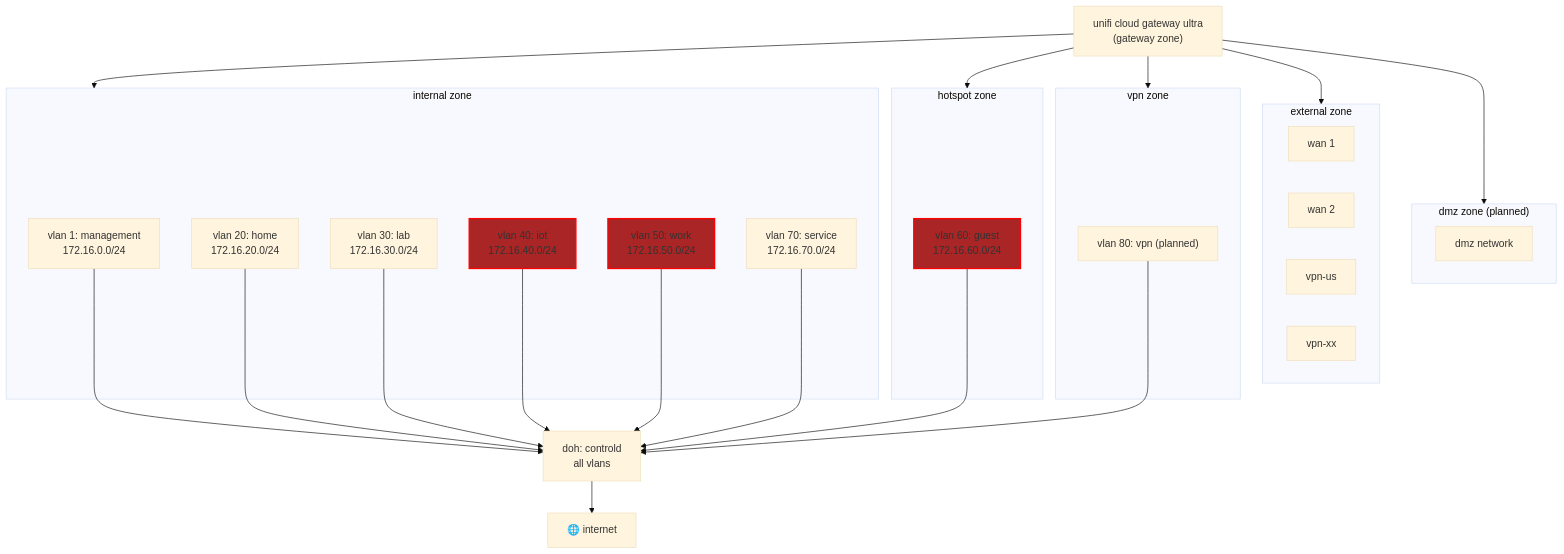
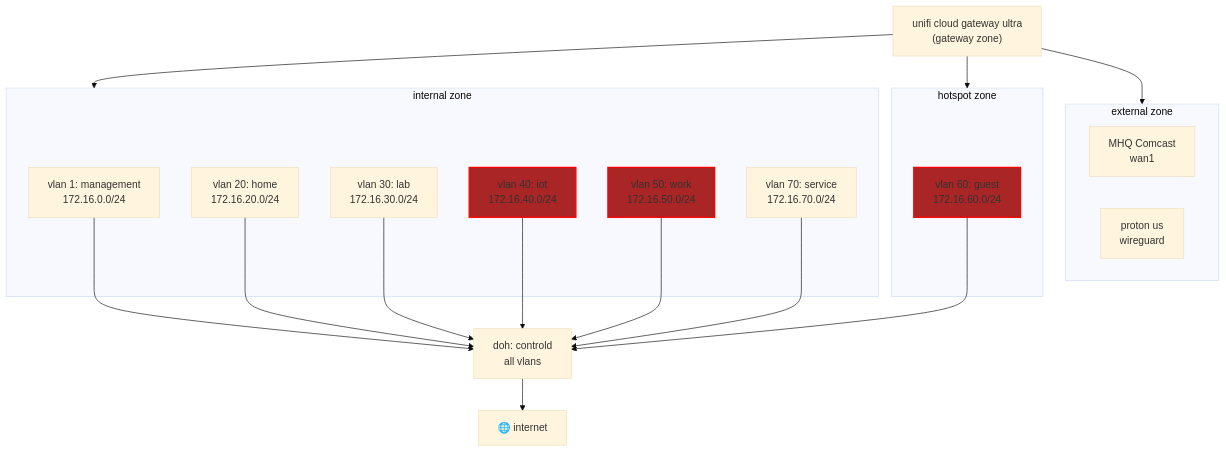
The second of 2 diagrams in README.md (iamnande/homelab), drawn with Mermaid (base theme) before and after one commit. The commit also changed other lines of this file, not shown here.

First line of the commit message:
docs(network): only what runs, and the vpn as it is now

````diff
--- a/README.md
+++ b/README.md
@@ -160,64 +136,49 @@
 ```mermaid
 graph TD
 
     %% --- core gateway ---
     gateway["unifi cloud gateway ultra<br/>(gateway zone)"]
 
     %% --- internal zone ---
     subgraph internal["internal zone"]
         vlan_1["vlan 1: management<br/>172.16.0.0/24"]
         vlan_20["vlan 20: home<br/>172.16.20.0/24"]
         vlan_30["vlan 30: lab<br/>172.16.30.0/24"]
         vlan_40["vlan 40: iot<br/>172.16.40.0/24"]
         vlan_50["vlan 50: work<br/>172.16.50.0/24"]
         vlan_70["vlan 70: service<br/>172.16.70.0/24"]
     end
 
     %% --- hotspot zone ---
     subgraph hotspot["hotspot zone"]
         vlan_60["vlan 60: guest<br/>172.16.60.0/24"]
     end
 
-    %% --- vpn zone ---
-    subgraph vpn["vpn zone"]
-        vlan_80["vlan 80: vpn (planned)"]
-    end
-
     %% --- external zone ---
     subgraph external["external zone"]
-        wan1["wan 1"]
-        wan2["wan 2"]
-        vpn_us["vpn-us"]
-        vpn_xx["vpn-xx"]
-    end
-
-    %% --- dmz zone ---
-    subgraph dmz["dmz zone (planned)"]
-        dmz_net["dmz network"]
+        wan1["MHQ Comcast<br/>wan1"]
+        proton["proton us<br/>wireguard"]
     end
 
     %% --- gateway connections ---
     gateway --> internal
     gateway --> hotspot
-    gateway --> vpn
     gateway --> external
-    gateway --> dmz
 
     %% --- internet / dns ---
     internet["🌐 internet"]
     doh["doh: controld<br/>all vlans"]
 
     vlan_1 --> doh
     vlan_20 --> doh
     vlan_30 --> doh
     vlan_40 --> doh
     vlan_50 --> doh
     vlan_60 --> doh
     vlan_70 --> doh
-    vlan_80 --> doh
     doh --> internet
 
 %% --- Isolation Notes ---
     classDef isolated fill:#AA2525,stroke:#f00,stroke-width:2px;
     class vlan_40,vlan_50,vlan_60 isolated
 ```
````
